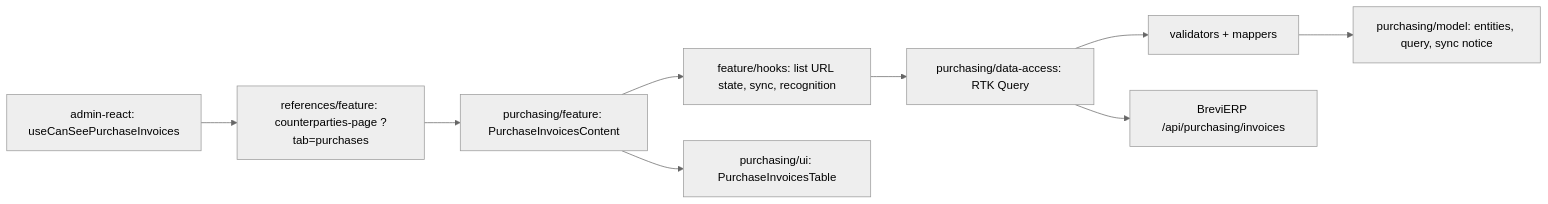
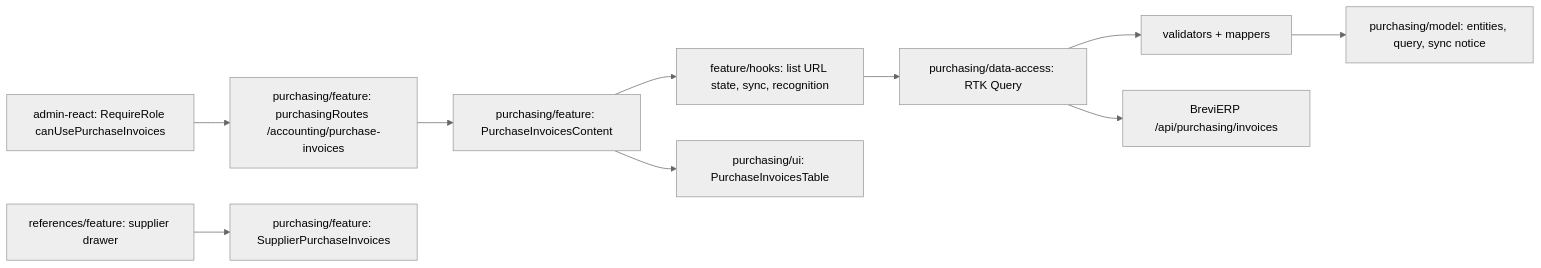
One commit to Weretik/brevi-web changed the diagram in docs/features/admin/purchasing.md. Above: the diagram before and after it, drawn with Mermaid (neutral theme). The commit also changed other lines of this file and 23 other files, not shown here.

````diff
--- a/docs/features/admin/purchasing.md
+++ b/docs/features/admin/purchasing.md
@@ -36,11 +36,12 @@
 ```mermaid
 flowchart LR
-  Host["references/feature: counterparties-page ?tab=purchases"] --> Content["purchasing/feature: PurchaseInvoicesContent"]
-  App["admin-react: useCanSeePurchaseInvoices"] --> Host
+  App["admin-react: RequireRole canUsePurchaseInvoices"] --> Routes["purchasing/feature: purchasingRoutes /accounting/purchase-invoices"]
+  Routes --> Content["purchasing/feature: PurchaseInvoicesContent"]
+  Card["references/feature: supplier drawer"] --> SupplierTab["purchasing/feature: SupplierPurchaseInvoices"]
   Content --> Hooks["feature/hooks: list URL state, sync, recognition"]
   Content --> UI["purchasing/ui: PurchaseInvoicesTable"]
   Hooks --> DataAccess["purchasing/data-access: RTK Query"]
   DataAccess --> Mappers["validators + mappers"]
   Mappers --> Model["purchasing/model: entities, query, sync notice"]
   DataAccess --> API["BreviERP /api/purchasing/invoices"]
 ```
````
